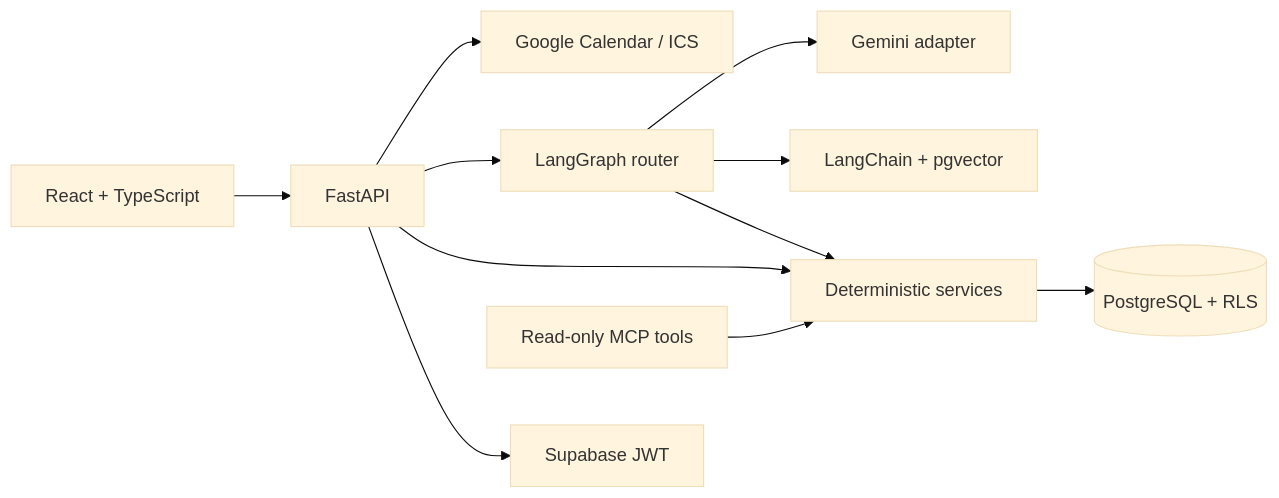
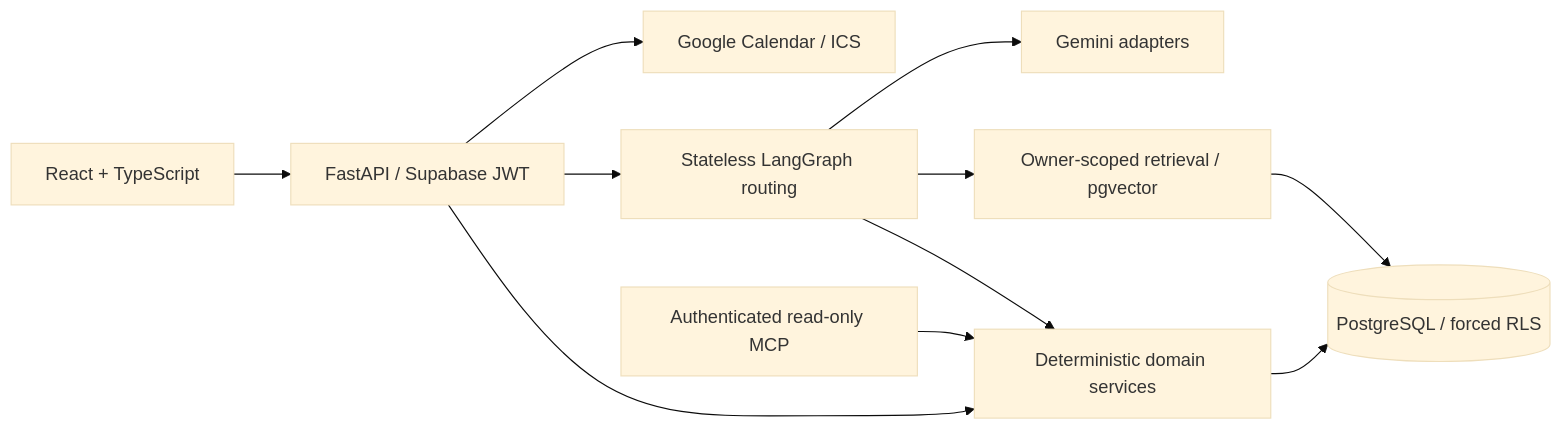
The diagram in README.md (mieuxwei/shiftmate-web), drawn with Mermaid (base theme) before and after one commit. The commit also changed other lines of this file and 15 other files, not shown here.

````diff
--- a/README.md
+++ b/README.md
@@ -118,13 +67,13 @@
 ```mermaid
 flowchart LR
-    UI[React + TypeScript] --> API[FastAPI]
-    API --> AUTH[Supabase JWT]
-    API --> DOMAIN[Deterministic services]
-    API --> GRAPH[LangGraph router]
-    DOMAIN --> DB[(PostgreSQL + RLS)]
+    UI[React + TypeScript] --> API[FastAPI / Supabase JWT]
+    API --> DOMAIN[Deterministic domain services]
+    API --> GRAPH[Stateless LangGraph routing]
     GRAPH --> DOMAIN
-    GRAPH --> RAG[LangChain + pgvector]
-    GRAPH --> LLM[Gemini adapter]
+    GRAPH --> RAG[Owner-scoped retrieval / pgvector]
+    GRAPH --> LLM[Gemini adapters]
+    DOMAIN --> DB[(PostgreSQL / forced RLS)]
+    RAG --> DB
     API --> CAL[Google Calendar / ICS]
-    MCP[Read-only MCP tools] --> DOMAIN
+    MCP[Authenticated read-only MCP] --> DOMAIN
 ```
````
